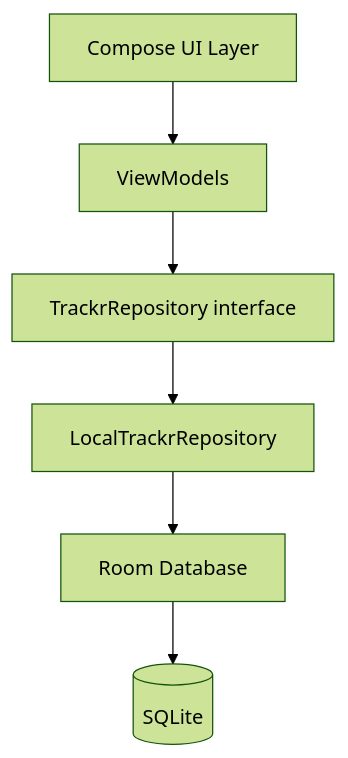
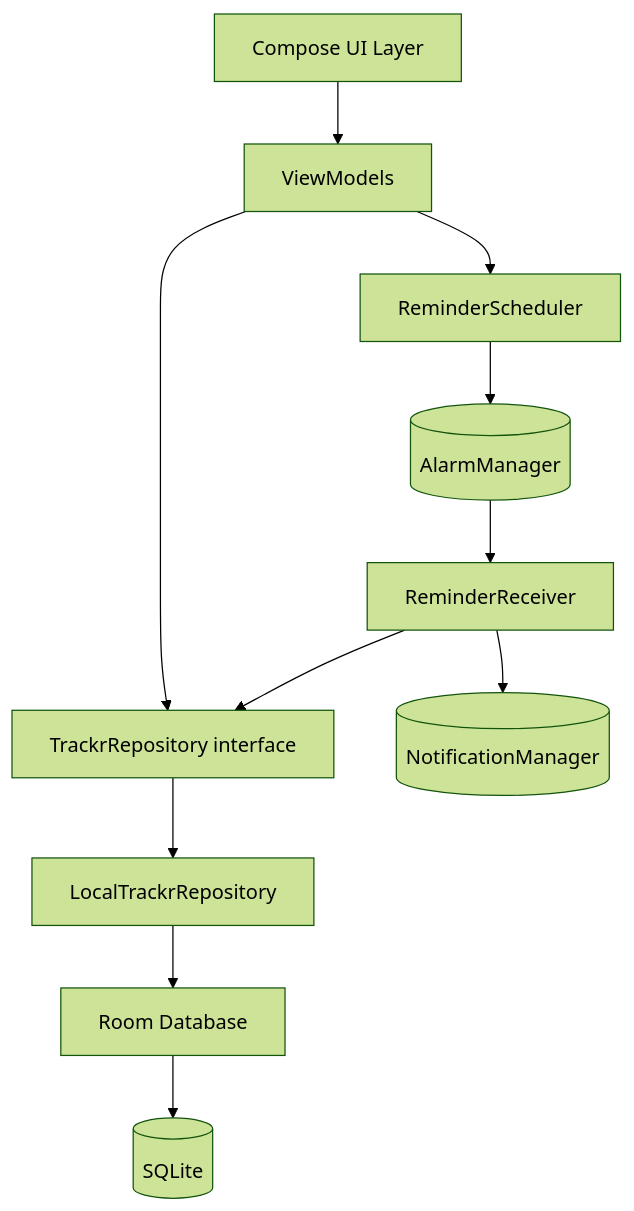
The diagram in docs/high-level-design.md (clahey/trackr), drawn with Mermaid (forest theme) before and after one commit. The commit also changed other lines of this file and 5 other files, not shown here.

````diff
--- a/docs/high-level-design.md
+++ b/docs/high-level-design.md
@@ -40,8 +47,13 @@
 ```mermaid
 graph TD
     UI[Compose UI Layer] --> VM[ViewModels]
     VM --> Repo[TrackrRepository interface]
     Repo --> Local[LocalTrackrRepository]
     Local --> Room[Room Database]
     Room --> DB[(SQLite)]
+    VM --> Sched[ReminderScheduler]
+    Sched --> Alarm[(AlarmManager)]
+    Alarm --> Rcv[ReminderReceiver]
+    Rcv --> Repo
+    Rcv --> Notif[(NotificationManager)]
 ```
````
